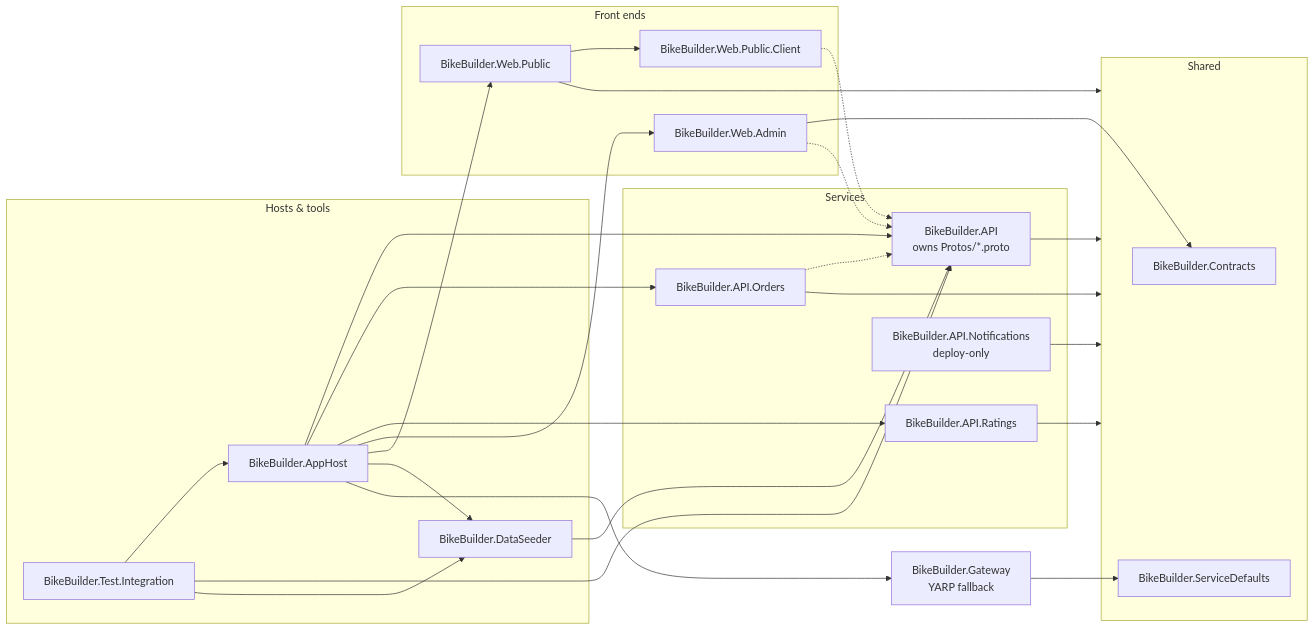
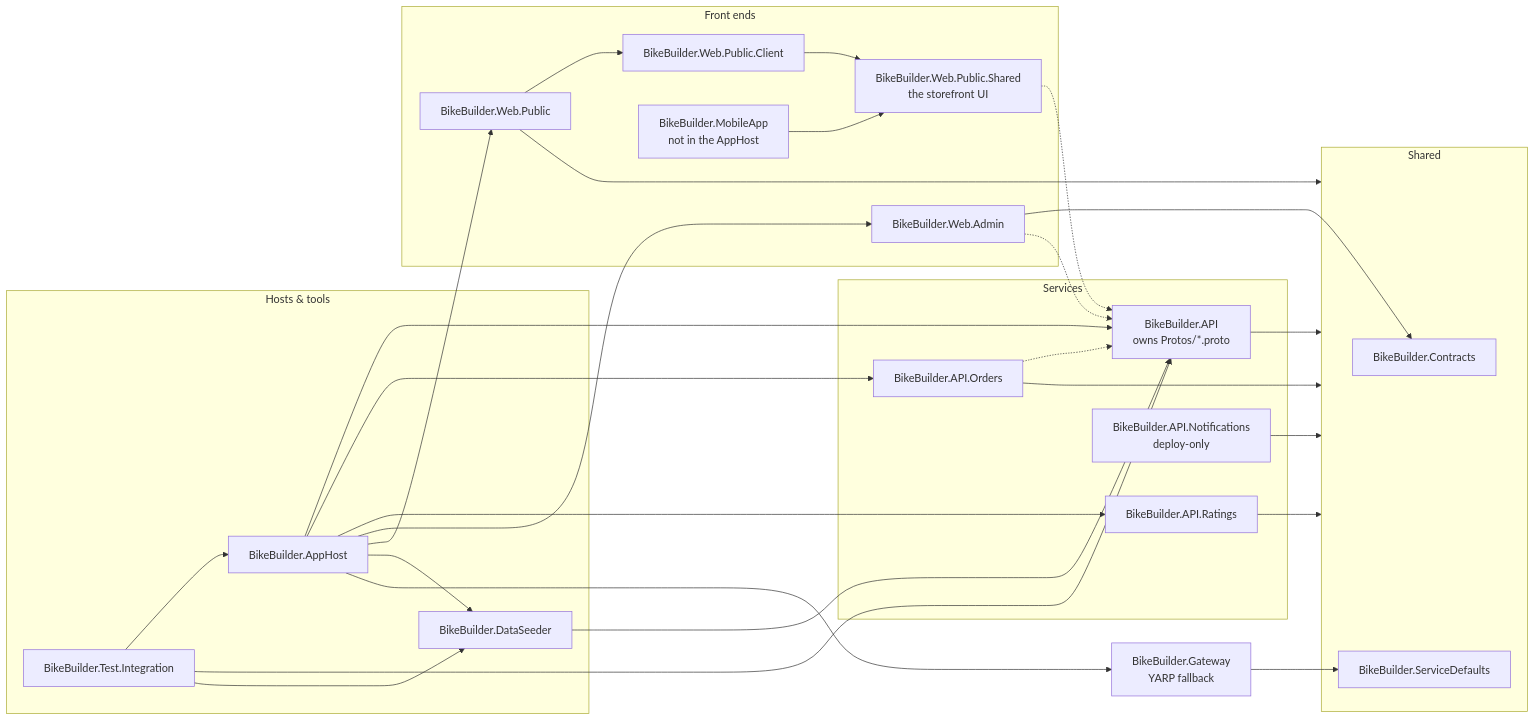
Before and after one commit to nickshepherd1983/BikeBuilderAspire: the second of 2 diagrams in README.md, drawn with Mermaid. The commit also changed other lines of this file and 61 other files, not shown here.

````diff
--- a/README.md
+++ b/README.md
@@ -96,54 +105,58 @@
 ```mermaid
 flowchart LR
     subgraph roots["Hosts &amp; tools"]
         apphost["BikeBuilder.AppHost"]
         tests["BikeBuilder.Test.Integration"]
         seeder["BikeBuilder.DataSeeder"]
     end
 
     subgraph services["Services"]
         api["BikeBuilder.API<br/>owns Protos/*.proto"]
         orders["BikeBuilder.API.Orders"]
         ratings["BikeBuilder.API.Ratings"]
         notifications["BikeBuilder.API.Notifications<br/>deploy-only"]
     end
 
     subgraph frontends["Front ends"]
         web["BikeBuilder.Web.Admin"]
         webpublic["BikeBuilder.Web.Public"]
         client["BikeBuilder.Web.Public.Client"]
+        storefront["BikeBuilder.Web.Public.Shared<br/>the storefront UI"]
+        mobile["BikeBuilder.MobileApp<br/>not in the AppHost"]
     end
 
     gateway["BikeBuilder.Gateway<br/>YARP fallback"]
 
     subgraph shared["Shared"]
         contracts["BikeBuilder.Contracts"]
         defaults["BikeBuilder.ServiceDefaults"]
     end
 
     api --> shared
     orders --> shared
     ratings --> shared
     notifications --> shared
     webpublic --> shared
     gateway --> defaults
     web --> contracts
 
     webpublic --> client
+    client --> storefront
+    mobile --> storefront
     seeder --> api
 
     apphost --> api
     apphost --> orders
     apphost --> ratings
     apphost --> web
     apphost --> webpublic
     apphost --> seeder
     apphost --> gateway
     tests --> apphost
     tests --> api
     tests --> seeder
 
     orders -.-> api
     web -.-> api
-    client -.-> api
+    storefront -.-> api
 ```
````
